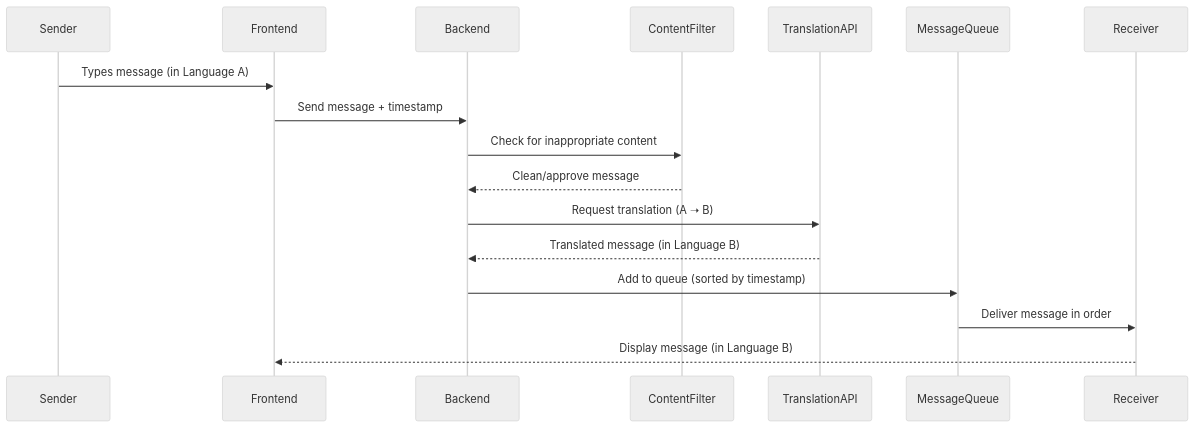
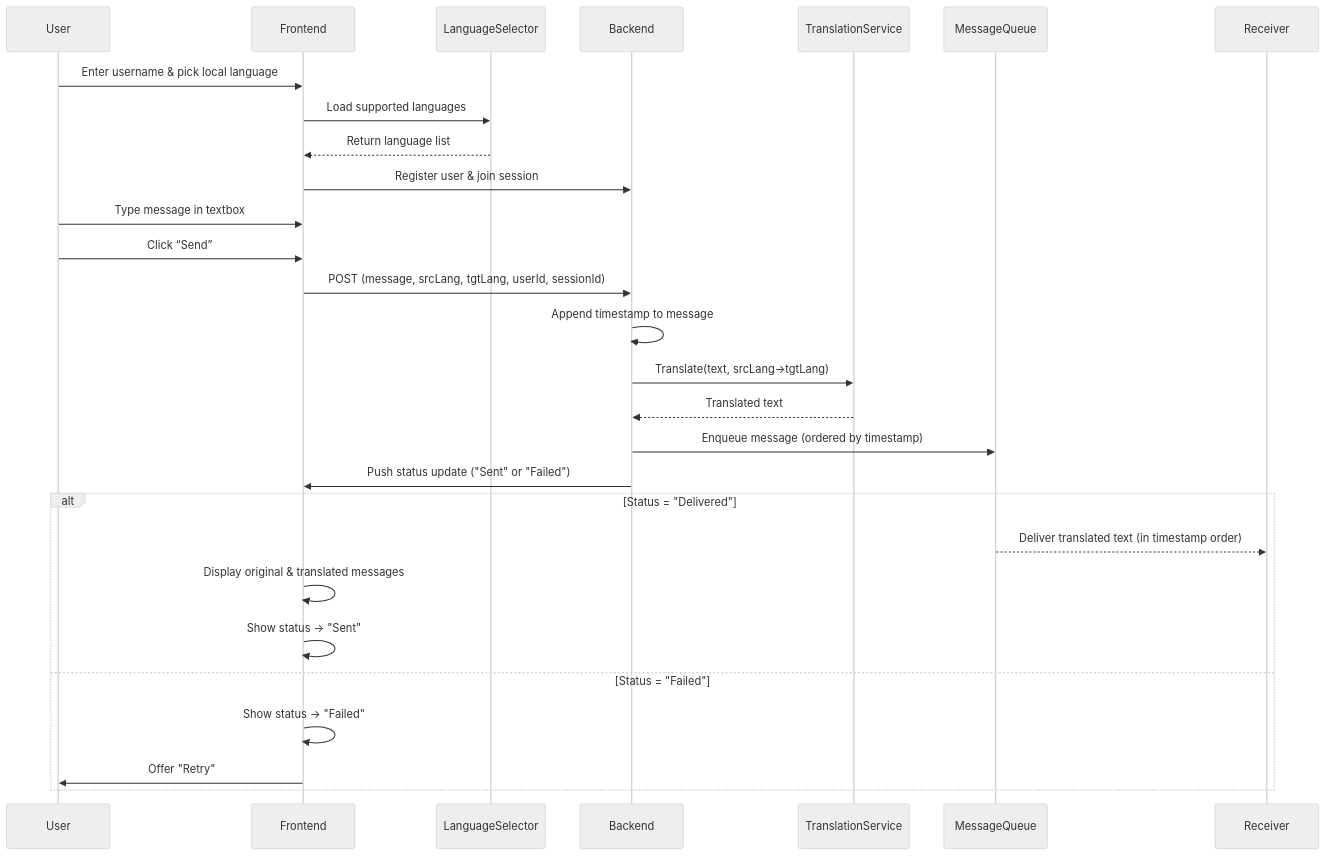
One commit to btswann11/CSE550 changed the diagram in designs/text-messaging.md. Above: the diagram before and after it, drawn with Mermaid (neutral theme). The commit also changed other lines of this file, not shown here.

Commit message:
merge in thomas design

````diff
--- a/designs/text-messaging.md
+++ b/designs/text-messaging.md
@@ -9,21 +9,36 @@
 ```mermaid
 sequenceDiagram
-    participant Sender
-    participant Frontend
-    participant Backend
-    participant ContentFilter
-    participant TranslationAPI
-    participant MessageQueue
-    participant Receiver
-
-    Sender->>Frontend: Types message (in Language A)
-    Frontend->>Backend: Send message + timestamp
-    Backend->>ContentFilter: Check for inappropriate content
-    ContentFilter-->>Backend: Clean/approve message
-    Backend->>TranslationAPI: Request translation (A ➝ B)
-    TranslationAPI-->>Backend: Translated message (in Language B)
-    Backend->>MessageQueue: Add to queue (sorted by timestamp)
-    MessageQueue->>Receiver: Deliver message in order
-    Receiver-->>Frontend: Display message (in Language B)
-
+	participant User
+	participant UI as Frontend
+	participant LangSel as LanguageSelector
+	participant Backend
+	participant Translator as TranslationService
+	participant MQ as MessageQueue
+	participant Receiver
+	
+	%% Registration & session join
+	User->>UI: Enter username & pick local language
+	UI->>LangSel: Load supported languages
+	LangSel-->>UI: Return language list
+	UI->>Backend: Register user & join session
+	
+	%% Auto-translation on send
+	User->>UI: Type message in textbox
+	User->>UI: Click “Send”
+	UI->>Backend: POST (message, srcLang, tgtLang, userId, sessionId)
+	Backend->>Backend: Append timestamp to message
+	Backend->>Translator: Translate(text, srcLang→tgtLang)
+	Translator-->>Backend: Translated text
+	Backend->>MQ: Enqueue message (ordered by timestamp)
+	
+	%% Delivery & UI display
+	Backend->>UI: Push status update ("Sent" or "Failed")
+	alt Status = "Delivered"
+		MQ-->>Receiver: Deliver translated text (in timestamp order)
+		UI->>UI: Display original & translated messages
+		UI->>UI: Show status -> "Sent"
+	else Status = "Failed"
+		UI->>UI: Show status -> "Failed"
+		UI->>User: Offer "Retry"
+	end
 ```
````
